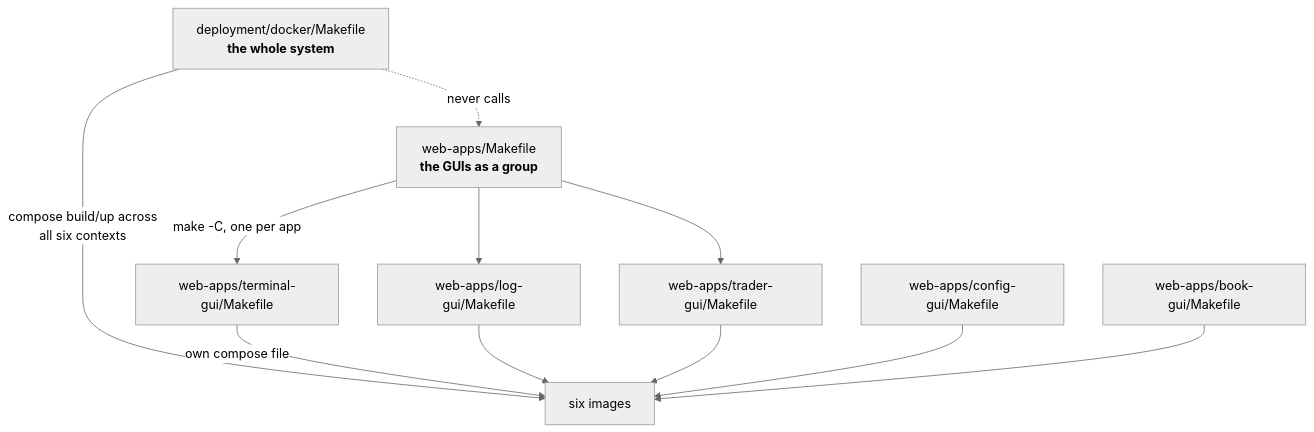
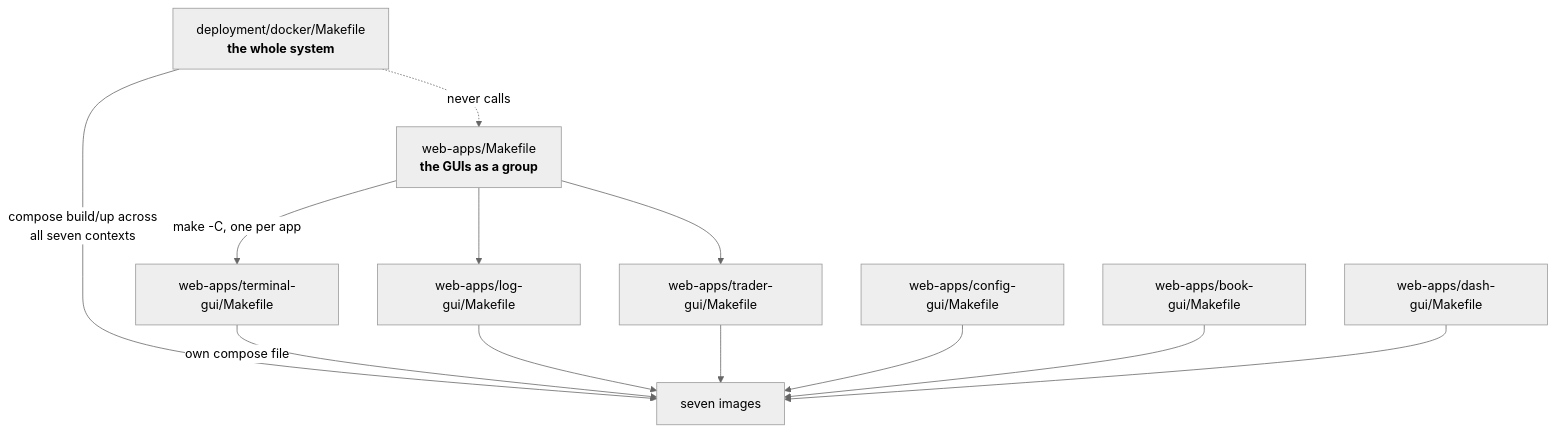
Before and after one commit to johan162/EduMatcher: the second of 8 diagrams in docs/books/architecture-and-development/part-4-developing/050-containers-and-networks.md, drawn with Mermaid (neutral theme). The commit also changed other lines of this file and 428 other files, not shown here.

Commit message:
Added exchange health monitor pm-monitor. New operator exchange status GUI Dashboard pm-dash. Also improved all Web-application documentations with screenshots.

````diff
--- a/docs/books/architecture-and-development/part-4-developing/050-containers-and-networks.md
+++ b/docs/books/architecture-and-development/part-4-developing/050-containers-and-networks.md
@@ -80,22 +81,24 @@
 ```mermaid
 flowchart TD
     A["deployment/docker/Makefile\n<b>the whole system</b>"]
     B["web-apps/Makefile\n<b>the GUIs as a group</b>"]
     C1["web-apps/terminal-gui/Makefile"]
     C2["web-apps/log-gui/Makefile"]
     C3["web-apps/trader-gui/Makefile"]
     C4["web-apps/config-gui/Makefile"]
     C5["web-apps/book-gui/Makefile"]
+    C6["web-apps/dash-gui/Makefile"]
 
-    A -->|"compose build/up across\nall six contexts"| IMGS["six images"]
+    A -->|"compose build/up across\nall seven contexts"| IMGS["seven images"]
     B -->|"make -C, one per app"| C1
     B --> C2
     B --> C3
     C1 -->|"own compose file"| IMGS
     C2 --> IMGS
     C3 --> IMGS
     C4 --> IMGS
     C5 --> IMGS
+    C6 --> IMGS
 
     A -.->|"never calls"| B
 ```
````
